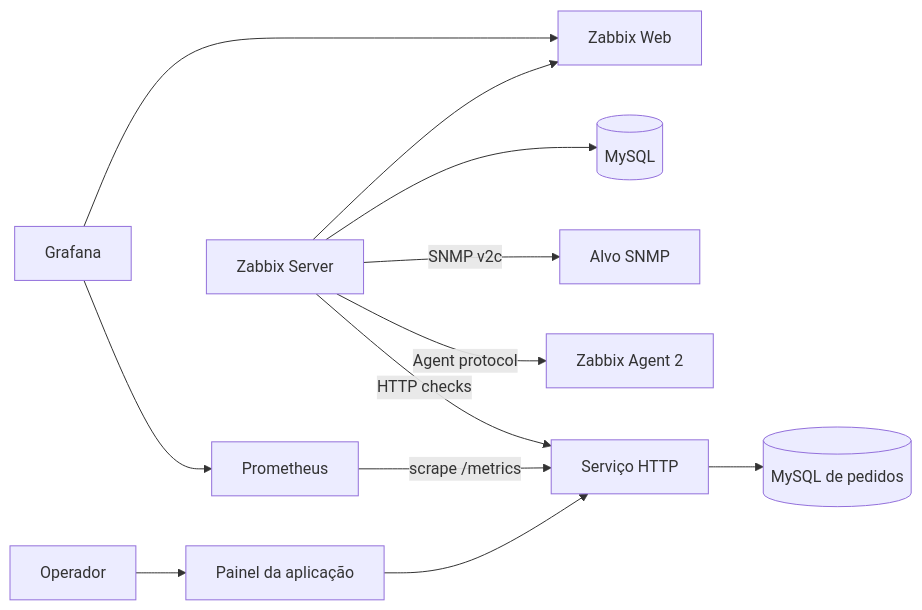
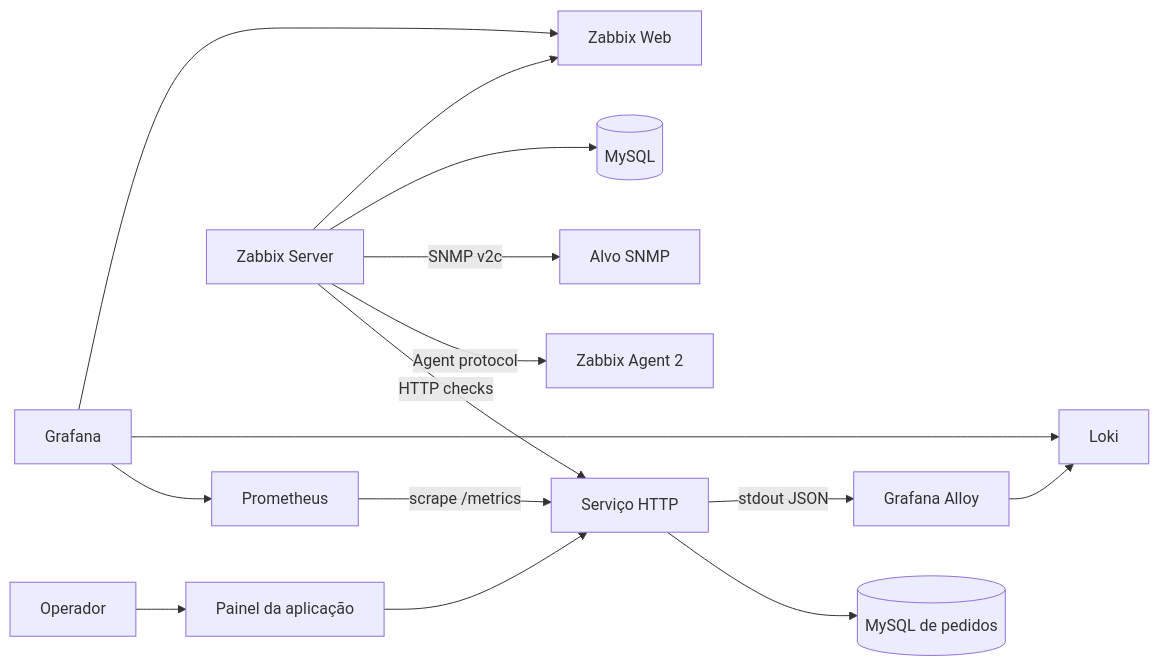
Before and after one commit to lipeinacio/observability-lab: the diagram in README.md, drawn with Mermaid. The commit also changed other lines of this file and 8 other files, not shown here.

````diff
--- a/README.md
+++ b/README.md
@@ -25,14 +26,17 @@
 ```mermaid
 flowchart LR
     U[Operador] --> APP[Painel da aplicação]
     APP --> API[Serviço HTTP]
     API --> BDB[(MySQL de pedidos)]
     Z[Zabbix Server] -->|HTTP checks| API
     Z -->|Agent protocol| AG[Zabbix Agent 2]
     Z -->|SNMP v2c| SNMP[Alvo SNMP]
     Z --> DB[(MySQL)]
     P[Prometheus] -->|scrape /metrics| API
+    API -->|stdout JSON| A[Grafana Alloy]
+    A --> L[Loki]
     G[Grafana] --> P
+    G --> L
     G --> ZW[Zabbix API]
     Z --> ZW[Zabbix Web]
 ```
````
